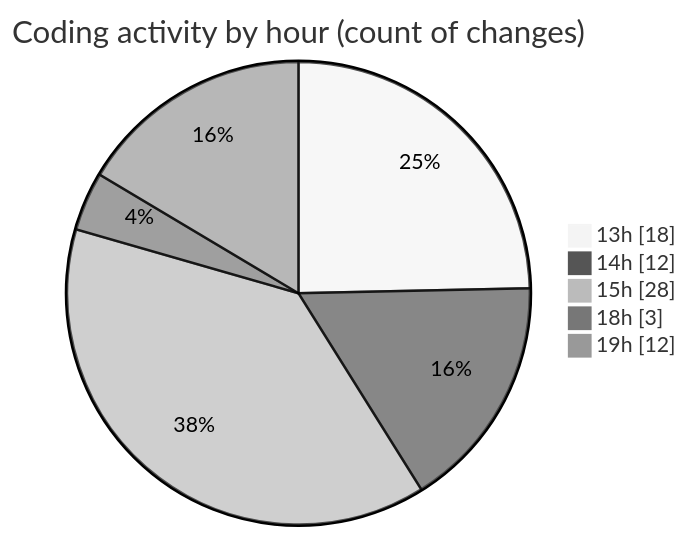
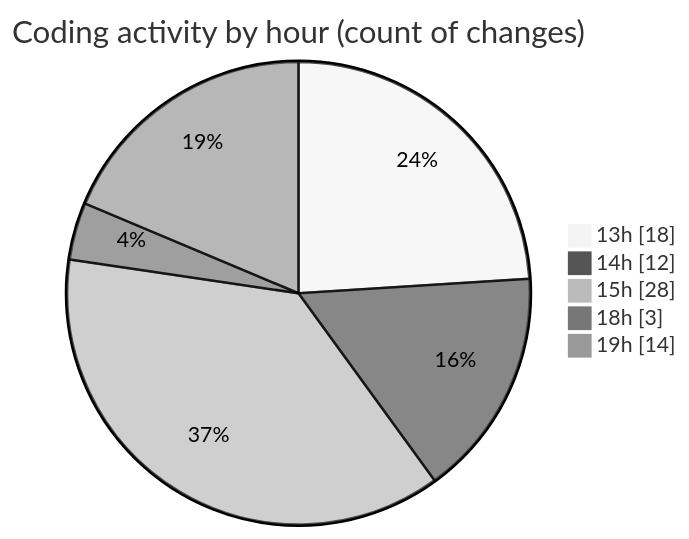
The second of 2 diagrams in 2025-06-16/studio-backend/README.md (idhammustaqopulfikri/code-tracking), drawn with Mermaid (neutral theme) before and after one commit. The commit also changed other lines of this file and 1 other file, not shown here.

````diff
--- a/2025-06-16/studio-backend/README.md
+++ b/2025-06-16/studio-backend/README.md
@@ -44,9 +45,9 @@
 ```mermaid
 pie showData
 title Coding activity by hour (count of changes)
 "13h" : 18
 "14h" : 12
 "15h" : 28
 "18h" : 3
-"19h" : 12
+"19h" : 14
 ```
````
